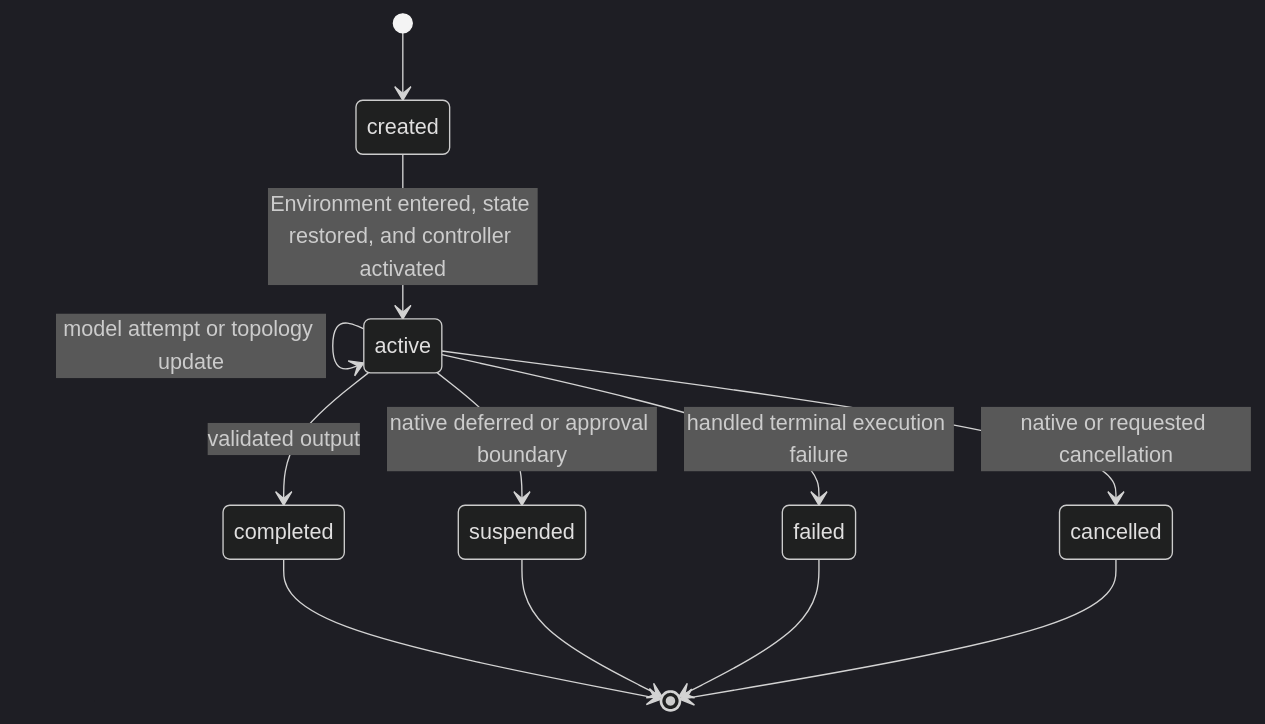
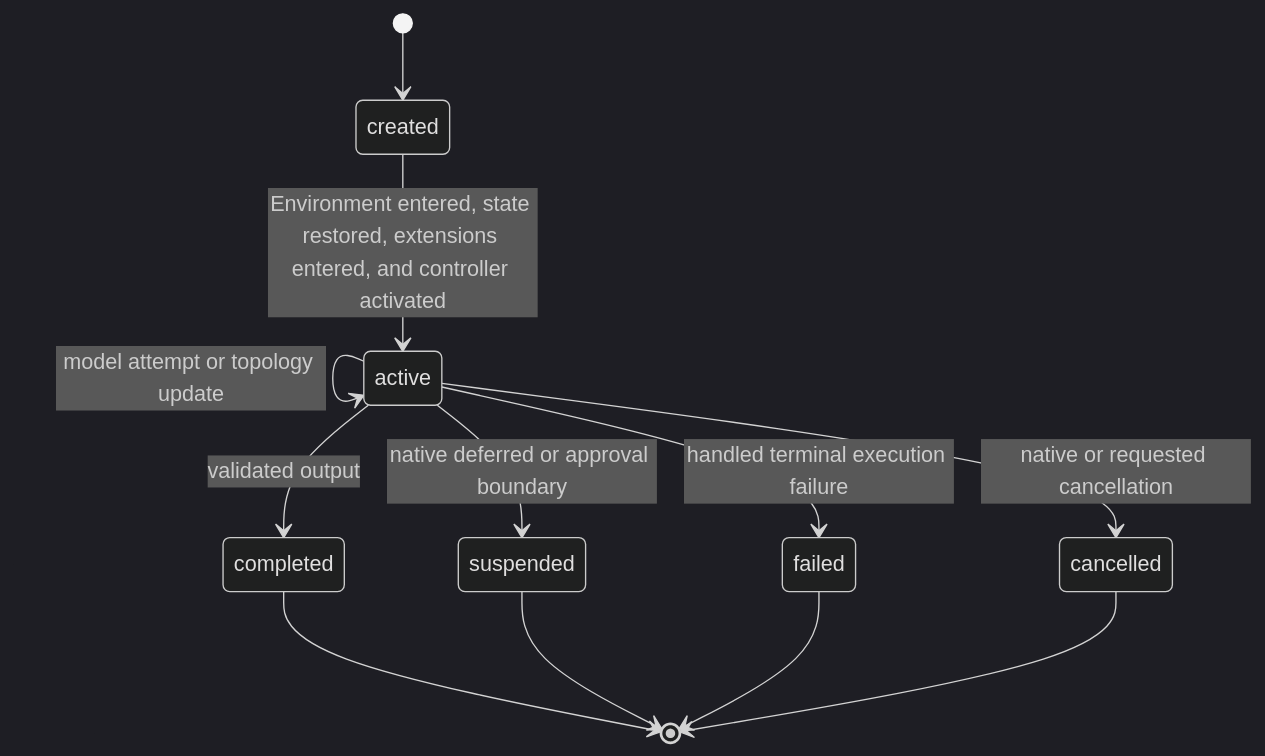
Before and after one commit to LTThreeComma/agent-foundation: the first of 2 diagrams in spec/agent-harness/06-execution-context-and-lifecycle.md, drawn with Mermaid (dark theme). The commit also changed other lines of this file and 39 other files, not shown here.

First line of the commit message:
feat(harness): add aggregate environment run extensions

````diff
--- a/spec/agent-harness/06-execution-context-and-lifecycle.md
+++ b/spec/agent-harness/06-execution-context-and-lifecycle.md
@@ -56,14 +59,14 @@
 ```mermaid
 stateDiagram-v2
     [*] --> created
-    created --> active: Environment entered, state restored, and controller activated
+    created --> active: Environment entered, state restored, extensions entered, and controller activated
     active --> active: model attempt or topology update
     active --> completed: validated output
     active --> suspended: native deferred or approval boundary
     active --> failed: handled terminal execution failure
     active --> cancelled: native or requested cancellation
     completed --> [*]
     suspended --> [*]
     failed --> [*]
     cancelled --> [*]
 ```
````
